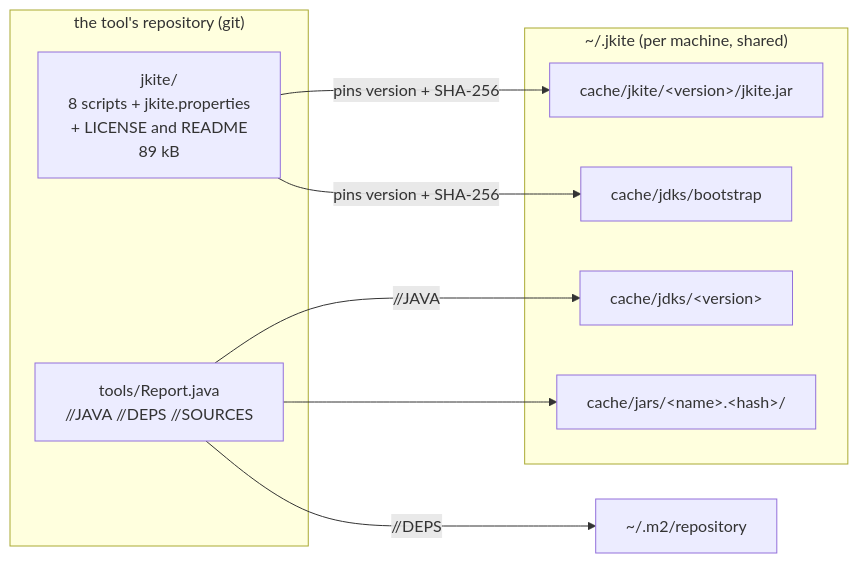
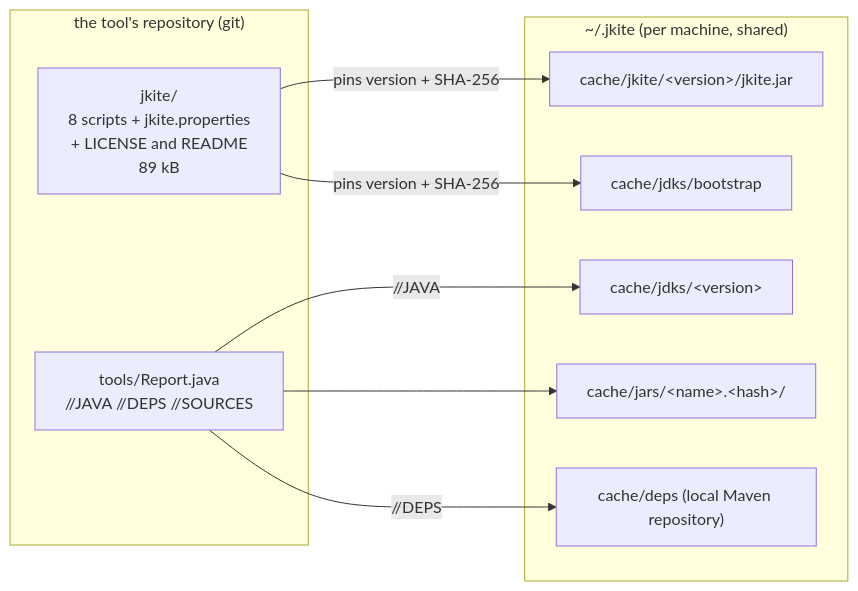
The first of 3 diagrams in docs/ARCHITECTURE.md (instreest/jbang), drawn with Mermaid before and after one commit. The commit also changed other lines of this file and 6 other files, not shown here.

````diff
--- a/docs/ARCHITECTURE.md
+++ b/docs/ARCHITECTURE.md
@@ -12,19 +12,19 @@
 ```mermaid
 flowchart LR
   subgraph repo["the tool's repository (git)"]
     L["jkite/<br/>8 scripts + jkite.properties<br/>+ LICENSE and README<br/>89 kB"]
     T["tools/Report.java<br/>//JAVA //DEPS //SOURCES"]
   end
   subgraph machine["~/.jkite (per machine, shared)"]
     J["cache/jkite/&lt;version&gt;/jkite.jar"]
     B["cache/jdks/bootstrap"]
     S["cache/jdks/&lt;version&gt;"]
     A["cache/jars/&lt;name&gt;.&lt;hash&gt;/"]
+    M["cache/deps (local Maven repository)"]
   end
-  M["~/.m2/repository"]
   L -- "pins version + SHA-256" --> J
   L -- "pins version + SHA-256" --> B
   T --> A
   T -- "//DEPS" --> M
   T -- "//JAVA" --> S
 ```
````
